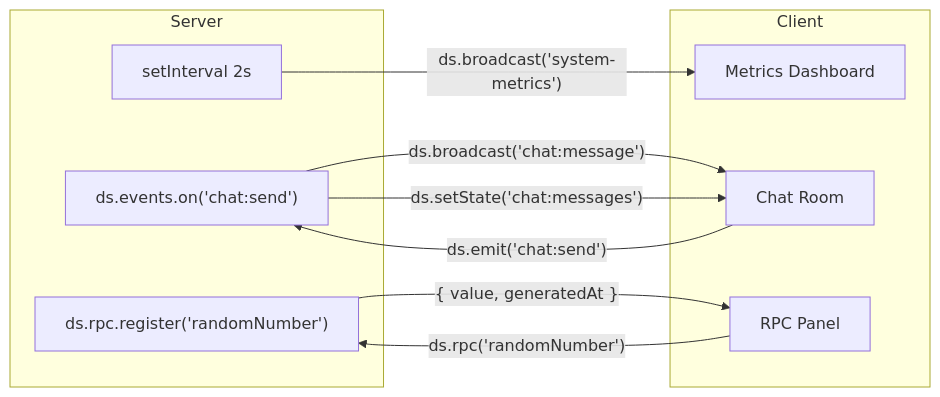
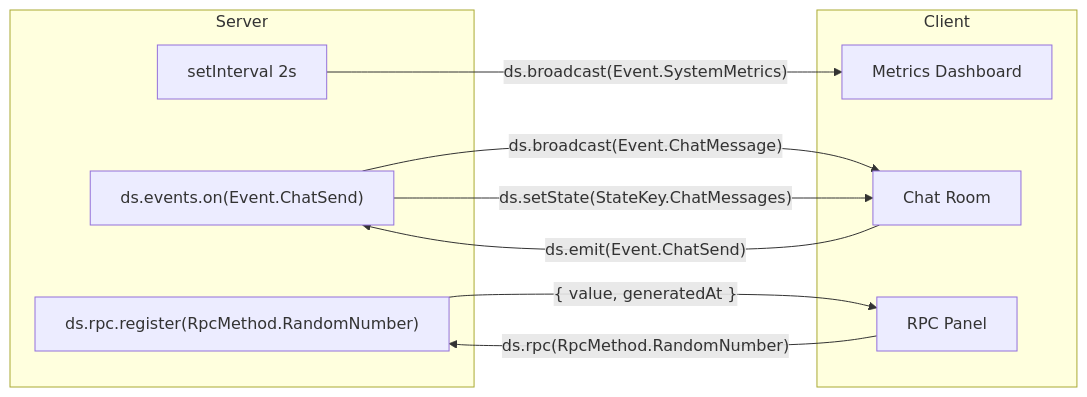
The first of 4 diagrams in docs/demos.md (mayanklahiri/datasole), drawn with Mermaid before and after one commit. The commit also changed other lines of this file and 7 other files, not shown here.

````diff
--- a/docs/demos.md
+++ b/docs/demos.md
@@ -25,19 +25,19 @@
 ```mermaid
 flowchart LR
   subgraph server [Server]
     metrics["setInterval 2s"]
-    chatHandler["ds.events.on('chat:send')"]
-    rpcHandler["ds.rpc.register('randomNumber')"]
+    chatHandler["ds.events.on(Event.ChatSend)"]
+    rpcHandler["ds.rpc.register(RpcMethod.RandomNumber)"]
   end
   subgraph client [Client]
     metricsDash[Metrics Dashboard]
     chatRoom[Chat Room]
     rpcDemo[RPC Panel]
   end
-  metrics -->|"ds.broadcast('system-metrics')"| metricsDash
-  chatRoom -->|"ds.emit('chat:send')"| chatHandler
-  chatHandler -->|"ds.broadcast('chat:message')"| chatRoom
-  chatHandler -->|"ds.setState('chat:messages')"| chatRoom
-  rpcDemo -->|"ds.rpc('randomNumber')"| rpcHandler
+  metrics -->|"ds.broadcast(Event.SystemMetrics)"| metricsDash
+  chatRoom -->|"ds.emit(Event.ChatSend)"| chatHandler
+  chatHandler -->|"ds.broadcast(Event.ChatMessage)"| chatRoom
+  chatHandler -->|"ds.setState(StateKey.ChatMessages)"| chatRoom
+  rpcDemo -->|"ds.rpc(RpcMethod.RandomNumber)"| rpcHandler
   rpcHandler -->|"{ value, generatedAt }"| rpcDemo
 ```
````
